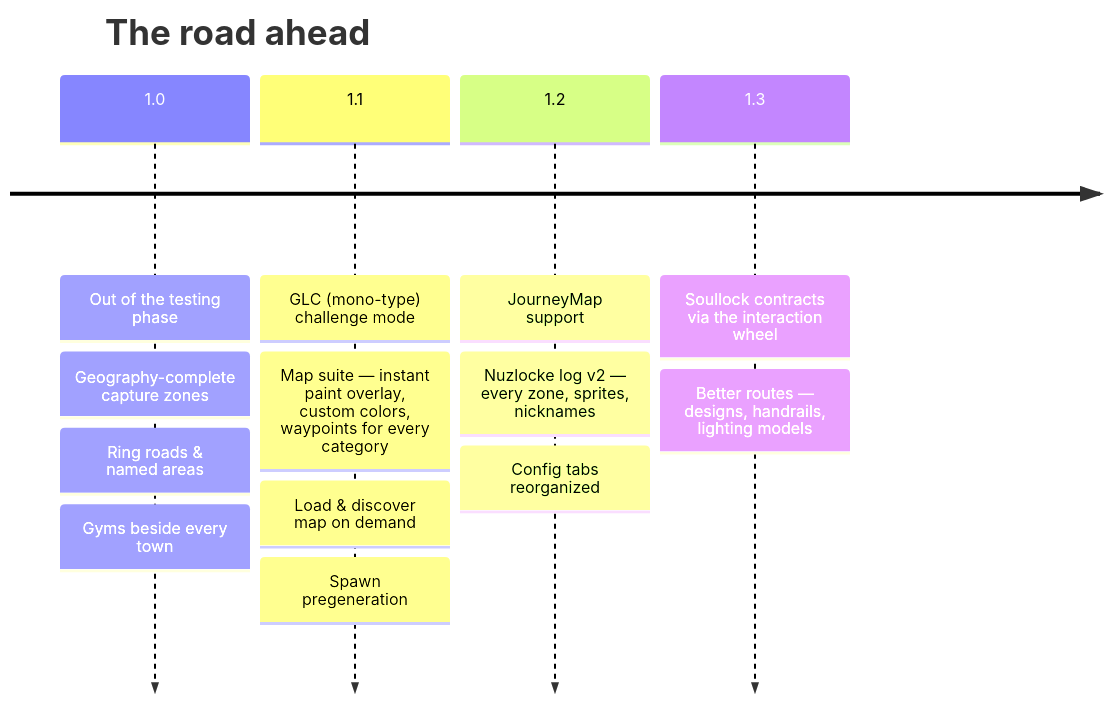
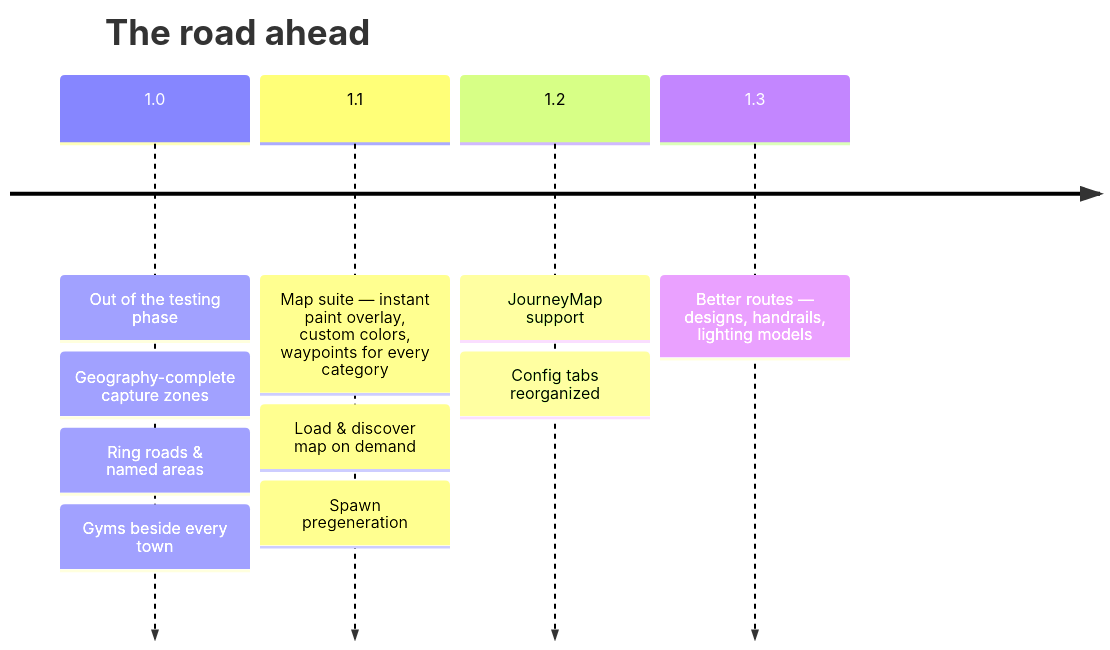
The diagram in docs/routes/roadmap.md (manucruzleiva/mod-wiki), drawn with Mermaid before and after one commit. The commit also changed other lines of this file and 6 other files, not shown here.

First line of the commit message:
docs: move the Nuzlocke surface out of the Routes section

````diff
--- a/docs/routes/roadmap.md
+++ b/docs/routes/roadmap.md
@@ -7,17 +7,14 @@
 ```mermaid
 timeline
     title The road ahead
     1.0 : Out of the testing phase
         : Geography-complete capture zones
         : Ring roads & named areas
         : Gyms beside every town
-    1.1 : GLC (mono-type) challenge mode
-        : Map suite — instant paint overlay, custom colors, waypoints for every category
+    1.1 : Map suite — instant paint overlay, custom colors, waypoints for every category
         : Load & discover map on demand
         : Spawn pregeneration
     1.2 : JourneyMap support
-        : Nuzlocke log v2 — every zone, sprites, nicknames
         : Config tabs reorganized
-    1.3 : Soullock contracts via the interaction wheel
-        : Better routes — designs, handrails, lighting models
+    1.3 : Better routes — designs, handrails, lighting models
 ```
````
